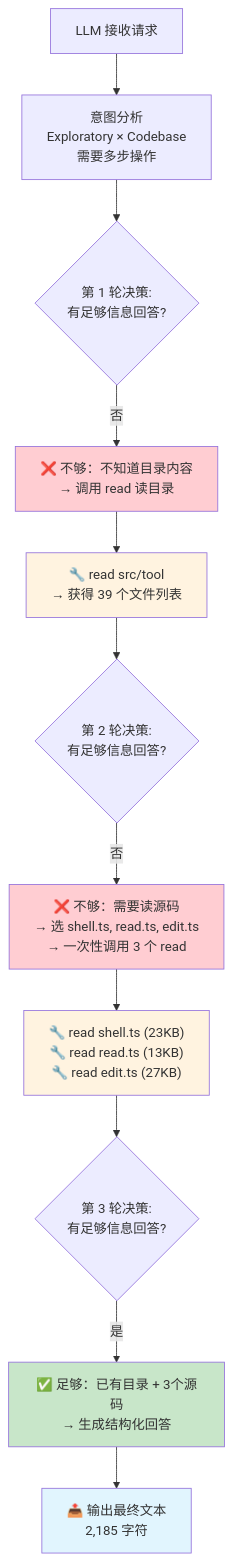
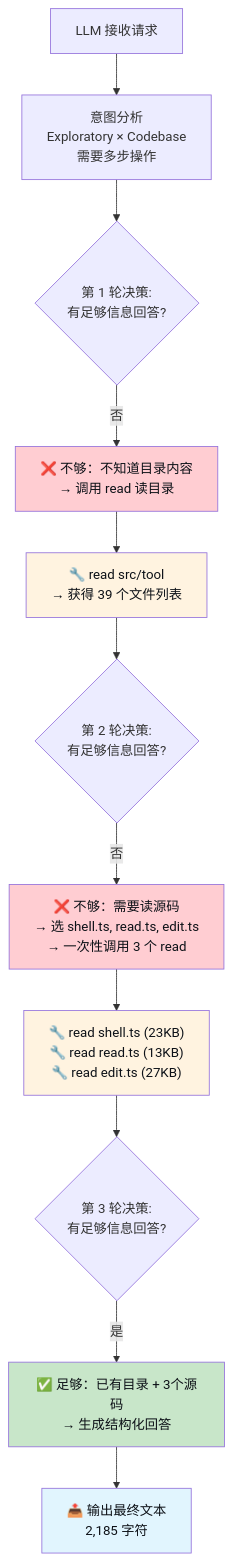
One commit to 055liufl/agent-project changed the third of 6 diagrams in opencode/opencode/.learnings/opencode-llm-io-tools-session.md. Above: the diagram before and after it, drawn with Mermaid. The commit also changed other lines of this file and 1 other file, not shown here.

Commit message:
流程图字体颜色和背景颜色修改

````diff
--- a/opencode/opencode/.learnings/opencode-llm-io-tools-session.md
+++ b/opencode/opencode/.learnings/opencode-llm-io-tools-session.md
@@ -647,29 +647,29 @@
 ```mermaid
 flowchart TD
     START["LLM 接收请求"]
     ANALYZE["意图分析<br/>Exploratory × Codebase<br/>需要多步操作"]
 
     DECIDE1{"第 1 轮决策:<br/>有足够信息回答?"}
     NO1["❌ 不够：不知道目录内容<br/>→ 调用 read 读目录"]
     TOOL1["🔧 read src/tool<br/>→ 获得 39 个文件列表"]
 
     DECIDE2{"第 2 轮决策:<br/>有足够信息回答?"}
     NO2["❌ 不够：需要读源码<br/>→ 选 shell.ts, read.ts, edit.ts<br/>→ 一次性调用 3 个 read"]
     TOOL2["🔧 read shell.ts (23KB)<br/>🔧 read read.ts (13KB)<br/>🔧 read edit.ts (27KB)"]
 
     DECIDE3{"第 3 轮决策:<br/>有足够信息回答?"}
     YES3["✅ 足够：已有目录 + 3个源码<br/>→ 生成结构化回答"]
     OUTPUT["📤 输出最终文本<br/>2,185 字符"]
 
     START --> ANALYZE --> DECIDE1
     DECIDE1 -- "否" --> NO1 --> TOOL1 --> DECIDE2
     DECIDE2 -- "否" --> NO2 --> TOOL2 --> DECIDE3
     DECIDE3 -- "是" --> YES3 --> OUTPUT
 
-    style NO1 fill:#ffcdd2
-    style NO2 fill:#ffcdd2
-    style YES3 fill:#c8e6c9
-    style TOOL1 fill:#fff3e0
-    style TOOL2 fill:#fff3e0
-    style OUTPUT fill:#e1f5fe
+    style NO1 fill:#ffcdd2,color:#0d1117
+    style NO2 fill:#ffcdd2,color:#0d1117
+    style YES3 fill:#c8e6c9,color:#0d1117
+    style TOOL1 fill:#fff3e0,color:#0d1117
+    style TOOL2 fill:#fff3e0,color:#0d1117
+    style OUTPUT fill:#e1f5fe,color:#0d1117
 ```
````
